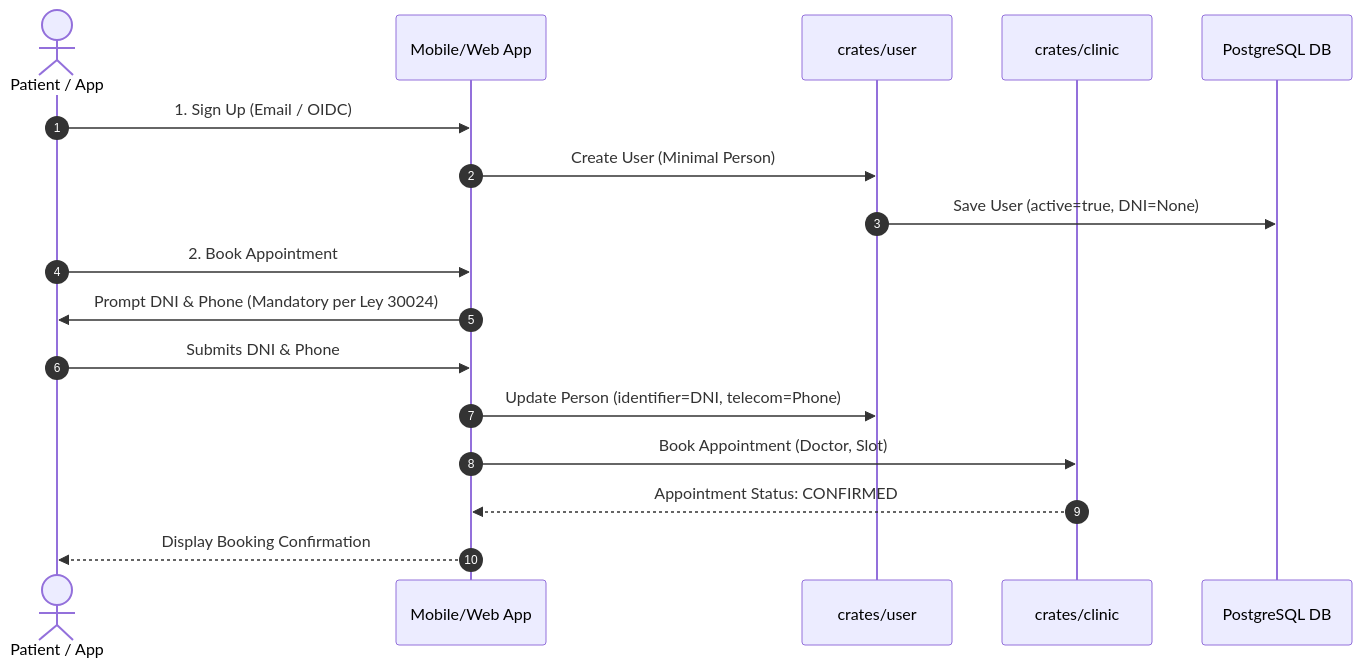
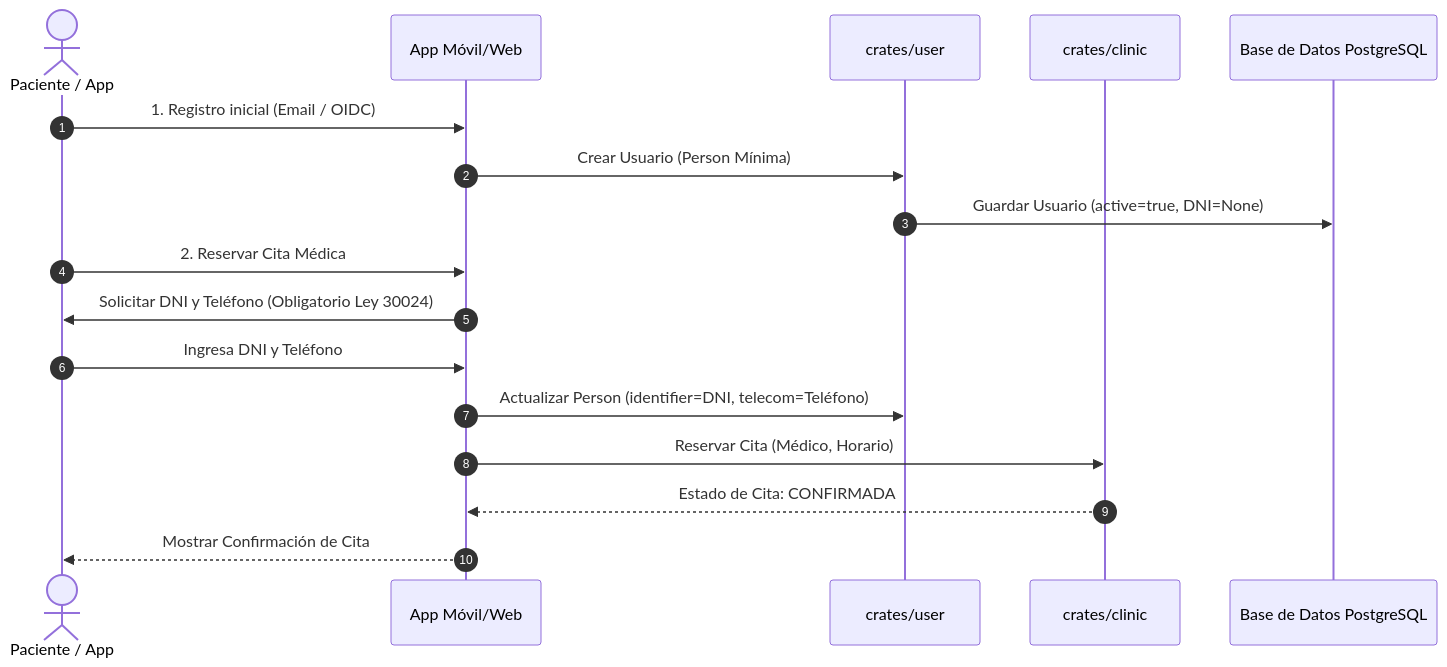
One commit to mamba-black/my-health-record changed the first of 9 diagrams in backend/AGENTS.md. Above: the diagram before and after it, drawn with Mermaid. The commit also changed other lines of this file, not shown here.

````diff
--- a/backend/AGENTS.md
+++ b/backend/AGENTS.md
@@ -64,21 +64,21 @@
 ```mermaid
 sequenceDiagram
     autonumber
-    actor Patient as Patient / App
-    participant App as Mobile/Web App
+    actor Patient as Paciente / App
+    participant App as App Móvil/Web
     participant UserDomain as crates/user
     participant ClinicDomain as crates/clinic
-    participant DB as PostgreSQL DB
+    participant DB as Base de Datos PostgreSQL
 
-    Patient->>App: 1. Sign Up (Email / OIDC)
-    App->>UserDomain: Create User (Minimal Person)
-    UserDomain->>DB: Save User (active=true, DNI=None)
+    Patient->>App: 1. Registro inicial (Email / OIDC)
+    App->>UserDomain: Crear Usuario (Person Mínima)
+    UserDomain->>DB: Guardar Usuario (active=true, DNI=None)
     
-    Patient->>App: 2. Book Appointment
-    App->>Patient: Prompt DNI & Phone (Mandatory per Ley 30024)
-    Patient->>App: Submits DNI & Phone
-    App->>UserDomain: Update Person (identifier=DNI, telecom=Phone)
-    App->>ClinicDomain: Book Appointment (Doctor, Slot)
-    ClinicDomain-->>App: Appointment Status: CONFIRMED
-    App-->>Patient: Display Booking Confirmation
+    Patient->>App: 2. Reservar Cita Médica
+    App->>Patient: Solicitar DNI y Teléfono (Obligatorio Ley 30024)
+    Patient->>App: Ingresa DNI y Teléfono
+    App->>UserDomain: Actualizar Person (identifier=DNI, telecom=Teléfono)
+    App->>ClinicDomain: Reservar Cita (Médico, Horario)
+    ClinicDomain-->>App: Estado de Cita: CONFIRMADA
+    App-->>Patient: Mostrar Confirmación de Cita
 ```
````
